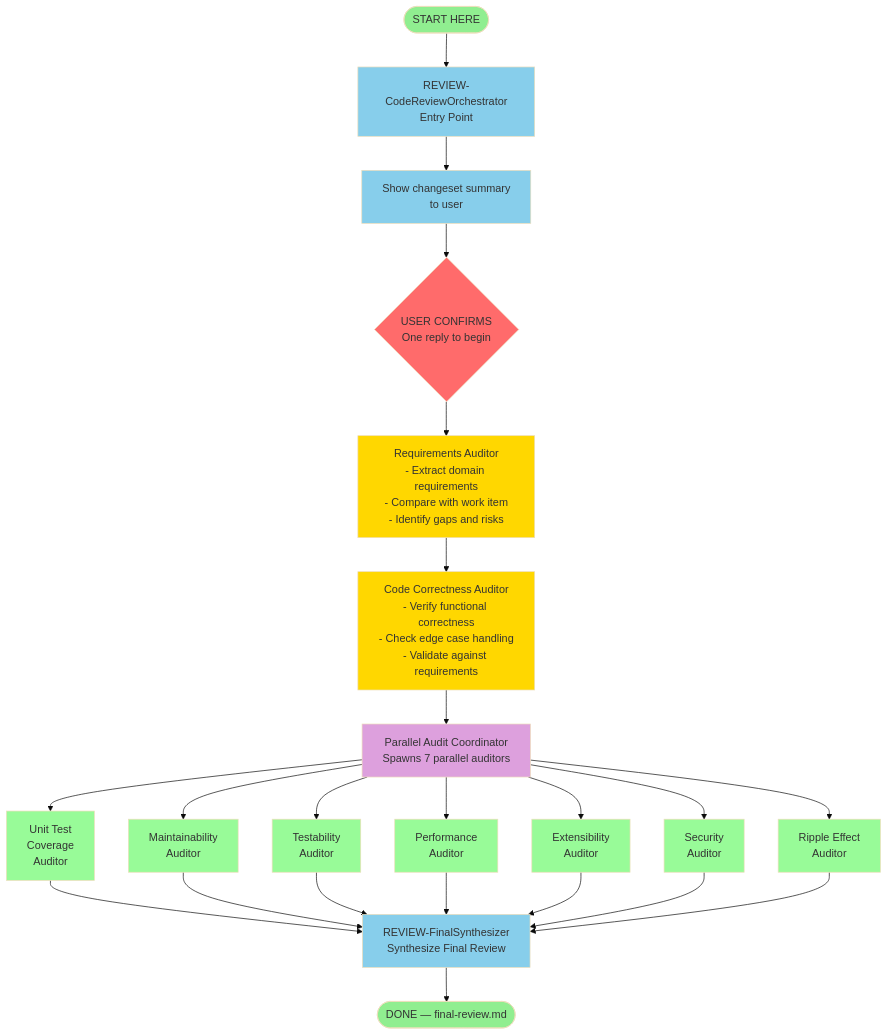
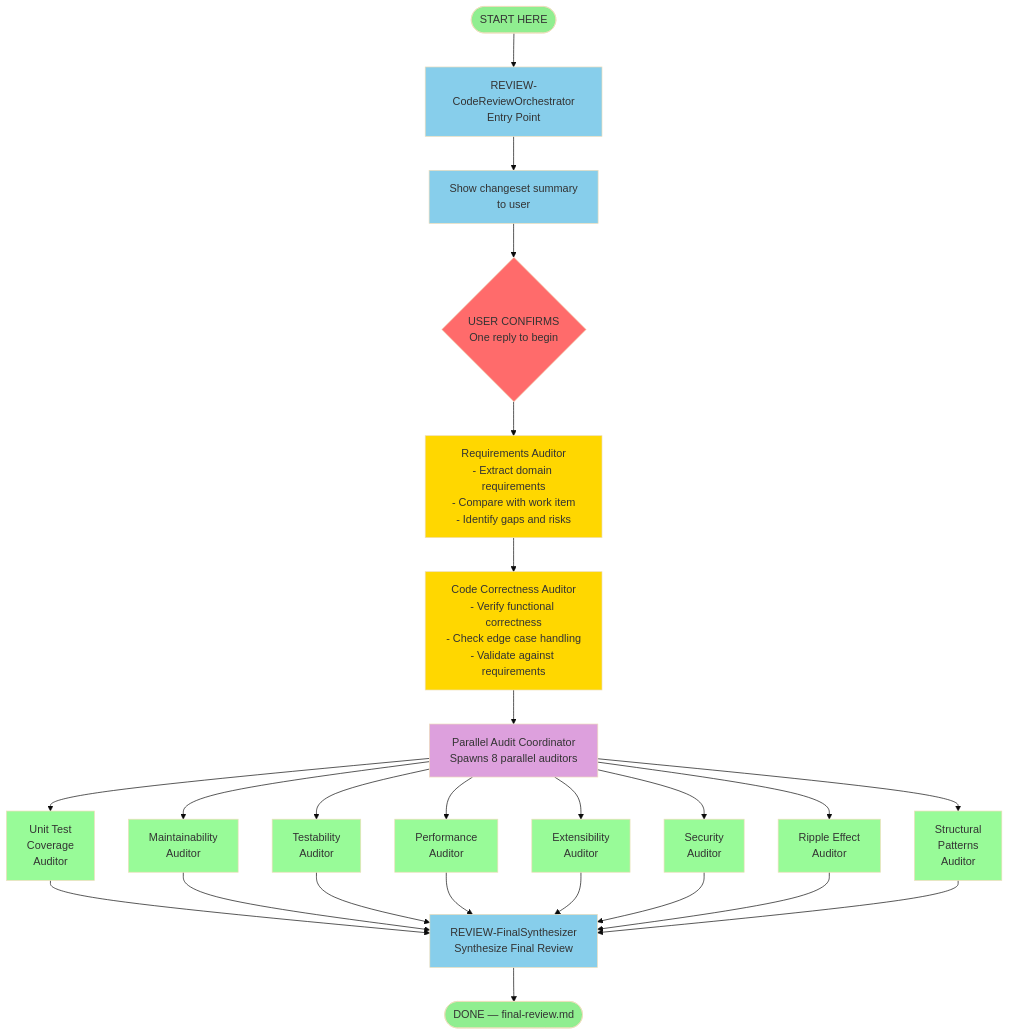
Before and after one commit to bhanford9/vs-code-copilot-tools: the diagram in feature-overviews/code-review-pipeline/code-review-pipeline.md, drawn with Mermaid (base theme). The commit also changed other lines of this file and 39 other files, not shown here.

````diff
--- a/feature-overviews/code-review-pipeline/code-review-pipeline.md
+++ b/feature-overviews/code-review-pipeline/code-review-pipeline.md
@@ -15,44 +15,47 @@
 ```mermaid
 flowchart TD
     Start([START HERE]) --> Orchestrator1[REVIEW-CodeReviewOrchestrator<br/>Entry Point]
     Orchestrator1 --> ShowScope[Show changeset summary<br/>to user]
     ShowScope --> UserConfirm{USER CONFIRMS<br/>One reply to begin}
     UserConfirm --> Requirements[Requirements Auditor<br/>- Extract domain requirements<br/>- Compare with work item<br/>- Identify gaps and risks]
     Requirements --> Correctness[Code Correctness Auditor<br/>- Verify functional correctness<br/>- Check edge case handling<br/>- Validate against requirements]
-    Correctness --> Coordinator[Parallel Audit Coordinator<br/>Spawns 7 parallel auditors]
+    Correctness --> Coordinator[Parallel Audit Coordinator<br/>Spawns 8 parallel auditors]
     
     Coordinator --> UnitTest[Unit Test<br/>Coverage<br/>Auditor]
     Coordinator --> Maintainability[Maintainability<br/>Auditor]
     Coordinator --> Testability[Testability<br/>Auditor]
     Coordinator --> Performance[Performance<br/>Auditor]
     Coordinator --> Extensibility[Extensibility<br/>Auditor]
     Coordinator --> Security[Security<br/>Auditor]
     Coordinator --> RippleEffect[Ripple Effect<br/>Auditor]
+    Coordinator --> StructuralPatterns[Structural<br/>Patterns<br/>Auditor]
     
     UnitTest --> FinalSynth[REVIEW-FinalSynthesizer<br/>Synthesize Final Review]
     Maintainability --> FinalSynth
     Testability --> FinalSynth
     Performance --> FinalSynth
     Extensibility --> FinalSynth
     Security --> FinalSynth
     RippleEffect --> FinalSynth
+    StructuralPatterns --> FinalSynth
     
     FinalSynth --> Done([DONE — final-review.md])
     
     style Start fill:#90EE90
     style Orchestrator1 fill:#87CEEB
     style ShowScope fill:#87CEEB
     style UserConfirm fill:#FF6B6B
     style Requirements fill:#FFD700
     style Correctness fill:#FFD700
     style Coordinator fill:#DDA0DD
     style UnitTest fill:#98FB98
     style Maintainability fill:#98FB98
     style Testability fill:#98FB98
     style Performance fill:#98FB98
     style Extensibility fill:#98FB98
     style Security fill:#98FB98
     style RippleEffect fill:#98FB98
+    style StructuralPatterns fill:#98FB98
     style FinalSynth fill:#87CEEB
     style Done fill:#90EE90
 ```
````
